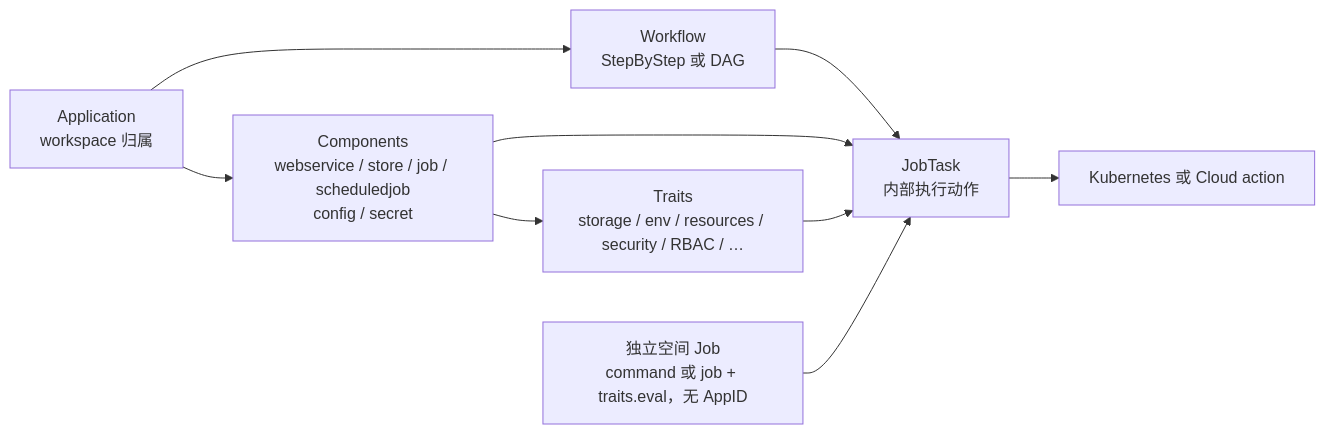
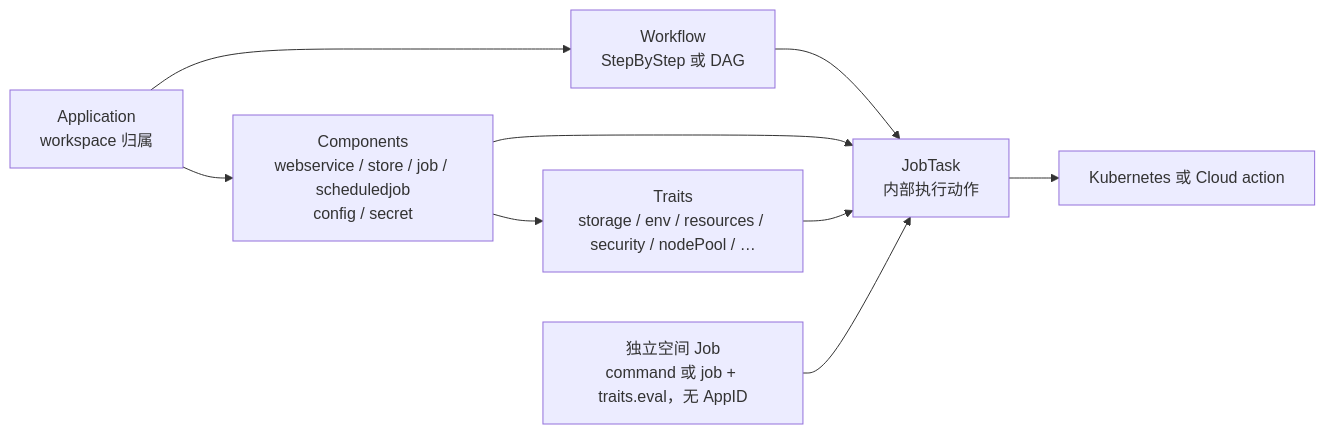
The third of 5 diagrams in docs/architecture-diagrams.md (PixelCores/Eruun), drawn with Mermaid before and after one commit. The commit also changed other lines of this file and 149 other files, not shown here.

````diff
--- a/docs/architecture-diagrams.md
+++ b/docs/architecture-diagrams.md
@@ -76,19 +76,19 @@
 ```mermaid
 flowchart LR
     App["Application<br/>workspace 归属"]
     Components["Components<br/>webservice / store / job / scheduledjob<br/>config / secret"]
-    Traits["Traits<br/>storage / env / resources / security / RBAC / …"]
+    Traits["Traits<br/>storage / env / resources / security / nodePool / …"]
     Workflow["Workflow<br/>StepByStep 或 DAG"]
     WorkspaceJob["独立空间 Job<br/>command 或 job + traits.eval，无 AppID"]
     JobTask["JobTask<br/>内部执行动作"]
     Resources[Kubernetes 或 Cloud action]
 
     App --> Components
     Components --> Traits
     App --> Workflow
     Workflow --> JobTask
     Components --> JobTask
     Traits --> JobTask
     WorkspaceJob --> JobTask
     JobTask --> Resources
 ```
````
